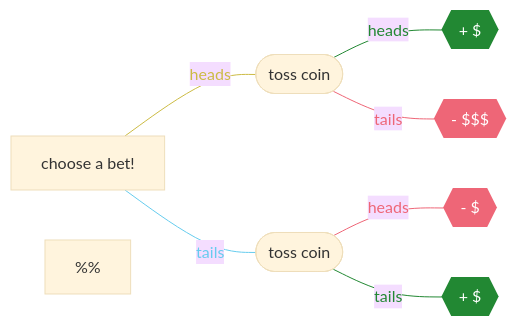
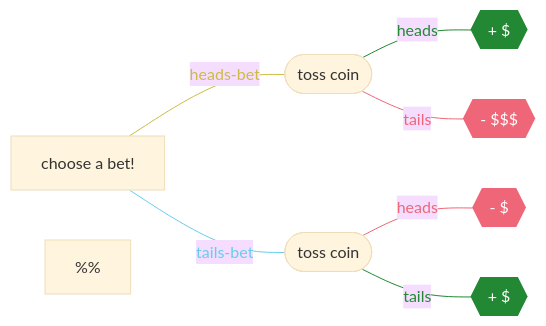
Before and after one commit to pglpm/ADA511: the diagram in framework.qmd, drawn with Mermaid (base theme). The commit also changed other lines of this file and 11 other files, not shown here.

````diff
--- a/framework.qmd
+++ b/framework.qmd
@@ -143,20 +144,20 @@
 ```{mermaid}
 flowchart LR
-  C[choose a bet!] ---|heads| H([toss coin])
-  C ---|tails| T([toss coin])
+  C[choose a bet!] ---|heads-bet| H([toss coin])
+  C ---|tails-bet| T([toss coin])
   H ---|heads| HH{{+ $}}
   H ---|tails| HT{{- $$$}}
   T ---|heads| TH{{- $}}
   T ---|tails| TT{{+ $}}
   %%
   linkStyle 0 stroke:#cb4,color:#cb4
   linkStyle 1 stroke:#6ce,color:#6ce
   linkStyle 2 stroke:#283,color:#283
   linkStyle 3 stroke:#e67,color:#e67
   linkStyle 4 stroke:#e67,color:#e67
   linkStyle 5 stroke:#283,color:#283
   style HH fill:#283,color:#fff,stroke-width:0px
   style HT fill:#e67,color:#fff,stroke-width:0px
   style TT fill:#283,color:#fff,stroke-width:0px
   style TH fill:#e67,color:#fff,stroke-width:0px
 ```
````
